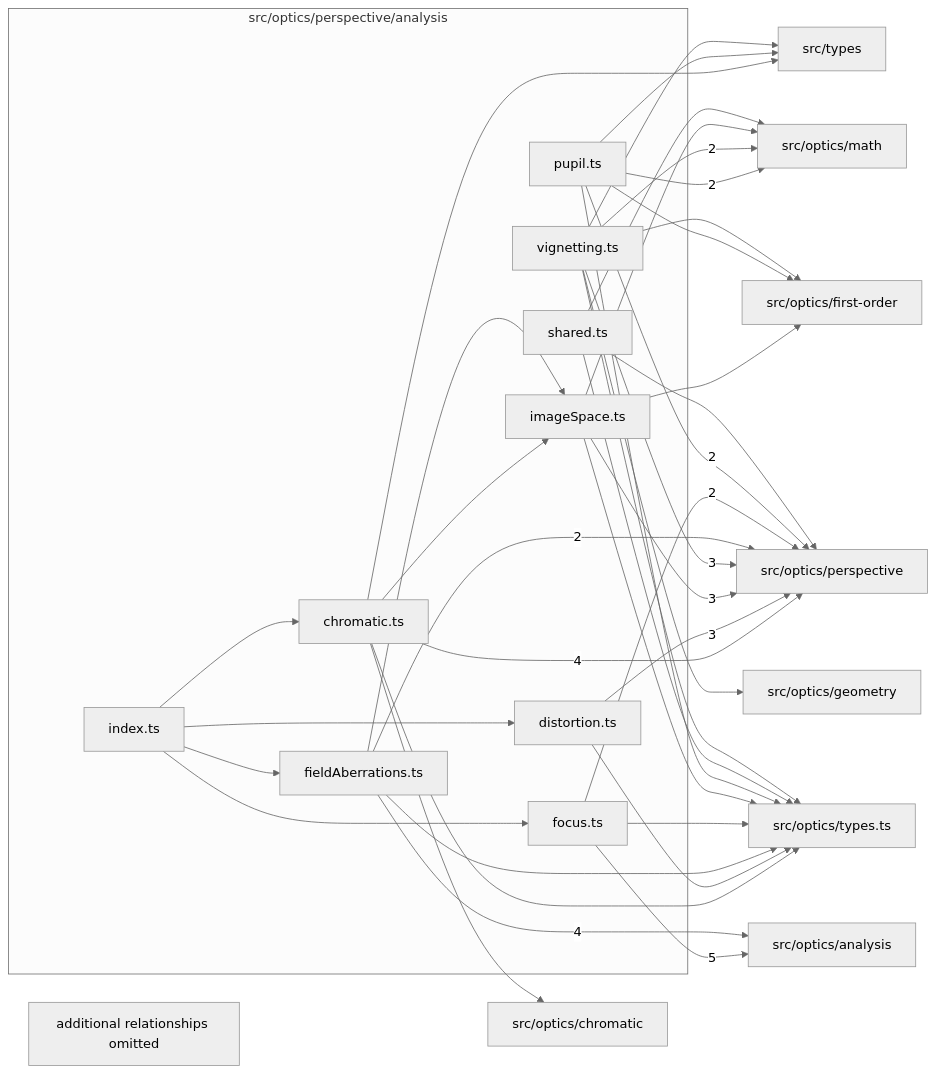
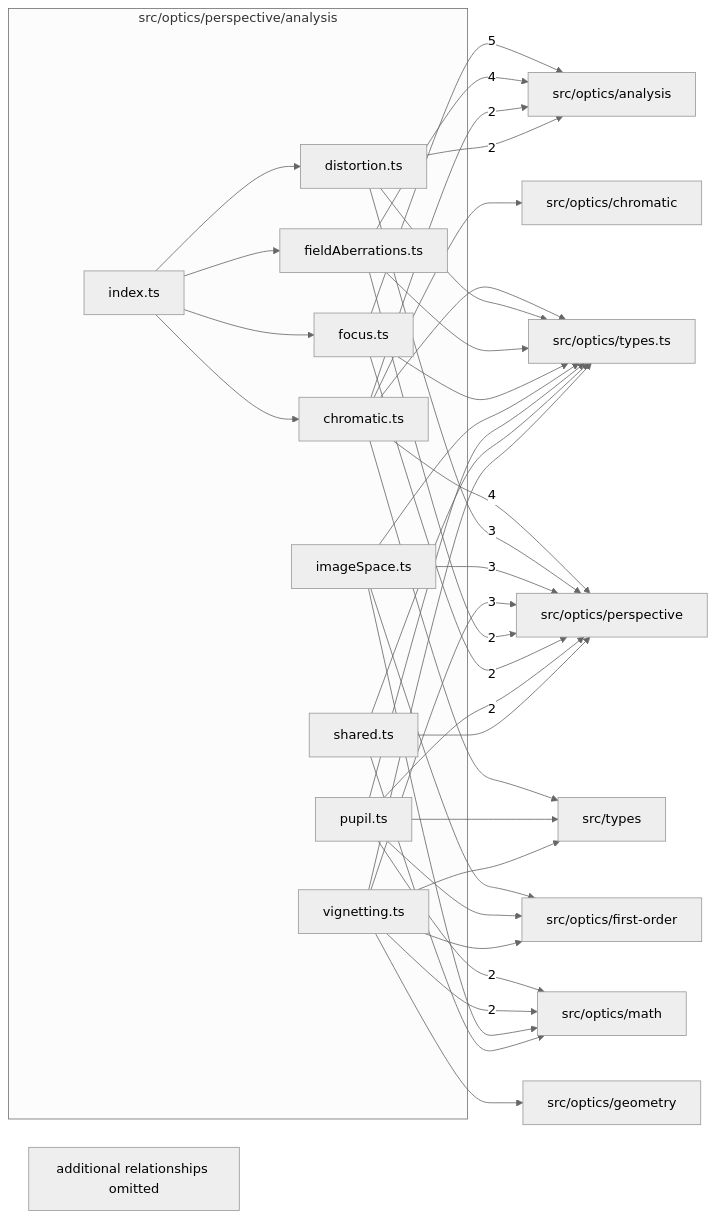
One commit to ronbuening/LensVisualizer changed the diagram in src/optics/perspective/analysis/readme.md. Above: the diagram before and after it, drawn with Mermaid (neutral theme). The commit also changed other lines of this file and 14 other files, not shown here.

Commit message:
S7.P3.T2 Perspective chromatic and distortion on AnalysisRequest

````diff
--- a/src/optics/perspective/analysis/readme.md
+++ b/src/optics/perspective/analysis/readme.md
@@ -9,59 +9,59 @@
 ```mermaid
 flowchart LR
   subgraph n_src_optics_perspective_analysis["src/optics/perspective/analysis"]
     n_src_optics_perspective_analysis_src_optics_perspective_analysis_chromatic_ts["chromatic.ts"]
     n_src_optics_perspective_analysis_src_optics_perspective_analysis_distortion_ts["distortion.ts"]
     n_src_optics_perspective_analysis_src_optics_perspective_analysis_fieldAberrations_ts["fieldAberrations.ts"]
     n_src_optics_perspective_analysis_src_optics_perspective_analysis_focus_ts["focus.ts"]
     n_src_optics_perspective_analysis_src_optics_perspective_analysis_imageSpace_ts["imageSpace.ts"]
     n_src_optics_perspective_analysis_src_optics_perspective_analysis_index_ts["index.ts"]
     n_src_optics_perspective_analysis_src_optics_perspective_analysis_pupil_ts["pupil.ts"]
     n_src_optics_perspective_analysis_src_optics_perspective_analysis_shared_ts["shared.ts"]
     n_src_optics_perspective_analysis_src_optics_perspective_analysis_vignetting_ts["vignetting.ts"]
   end
   n_external_src_optics_analysis["src/optics/analysis"]
   n_external_src_optics_perspective["src/optics/perspective"]
   n_external_src_optics_math["src/optics/math"]
   n_external_src_optics_chromatic["src/optics/chromatic"]
   n_external_src_optics_first_order["src/optics/first-order"]
   n_external_src_optics_geometry["src/optics/geometry"]
   n_external_src_optics_types_ts["src/optics/types.ts"]
   n_external_src_types["src/types"]
   n_src_optics_perspective_analysis_src_optics_perspective_analysis_focus_ts --> |5| n_external_src_optics_analysis
   n_src_optics_perspective_analysis_src_optics_perspective_analysis_fieldAberrations_ts --> |4| n_external_src_optics_analysis
   n_src_optics_perspective_analysis_src_optics_perspective_analysis_chromatic_ts --> |4| n_external_src_optics_perspective
   n_src_optics_perspective_analysis_src_optics_perspective_analysis_distortion_ts --> |3| n_external_src_optics_perspective
   n_src_optics_perspective_analysis_src_optics_perspective_analysis_imageSpace_ts --> |3| n_external_src_optics_perspective
   n_src_optics_perspective_analysis_src_optics_perspective_analysis_vignetting_ts --> |3| n_external_src_optics_perspective
+  n_src_optics_perspective_analysis_src_optics_perspective_analysis_chromatic_ts --> |2| n_external_src_optics_analysis
+  n_src_optics_perspective_analysis_src_optics_perspective_analysis_distortion_ts --> |2| n_external_src_optics_analysis
   n_src_optics_perspective_analysis_src_optics_perspective_analysis_pupil_ts --> |2| n_external_src_optics_math
   n_src_optics_perspective_analysis_src_optics_perspective_analysis_vignetting_ts --> |2| n_external_src_optics_math
   n_src_optics_perspective_analysis_src_optics_perspective_analysis_fieldAberrations_ts --> |2| n_external_src_optics_perspective
   n_src_optics_perspective_analysis_src_optics_perspective_analysis_focus_ts --> |2| n_external_src_optics_perspective
   n_src_optics_perspective_analysis_src_optics_perspective_analysis_pupil_ts --> |2| n_external_src_optics_perspective
   n_src_optics_perspective_analysis_src_optics_perspective_analysis_chromatic_ts --> n_external_src_optics_chromatic
   n_src_optics_perspective_analysis_src_optics_perspective_analysis_imageSpace_ts --> n_external_src_optics_first_order
   n_src_optics_perspective_analysis_src_optics_perspective_analysis_pupil_ts --> n_external_src_optics_first_order
   n_src_optics_perspective_analysis_src_optics_perspective_analysis_vignetting_ts --> n_external_src_optics_first_order
   n_src_optics_perspective_analysis_src_optics_perspective_analysis_vignetting_ts --> n_external_src_optics_geometry
   n_src_optics_perspective_analysis_src_optics_perspective_analysis_imageSpace_ts --> n_external_src_optics_math
   n_src_optics_perspective_analysis_src_optics_perspective_analysis_shared_ts --> n_external_src_optics_math
   n_src_optics_perspective_analysis_src_optics_perspective_analysis_shared_ts --> n_external_src_optics_perspective
   n_src_optics_perspective_analysis_src_optics_perspective_analysis_chromatic_ts --> n_external_src_optics_types_ts
   n_src_optics_perspective_analysis_src_optics_perspective_analysis_distortion_ts --> n_external_src_optics_types_ts
   n_src_optics_perspective_analysis_src_optics_perspective_analysis_fieldAberrations_ts --> n_external_src_optics_types_ts
   n_src_optics_perspective_analysis_src_optics_perspective_analysis_focus_ts --> n_external_src_optics_types_ts
   n_src_optics_perspective_analysis_src_optics_perspective_analysis_imageSpace_ts --> n_external_src_optics_types_ts
   n_src_optics_perspective_analysis_src_optics_perspective_analysis_pupil_ts --> n_external_src_optics_types_ts
   n_src_optics_perspective_analysis_src_optics_perspective_analysis_shared_ts --> n_external_src_optics_types_ts
   n_src_optics_perspective_analysis_src_optics_perspective_analysis_vignetting_ts --> n_external_src_optics_types_ts
   n_src_optics_perspective_analysis_src_optics_perspective_analysis_chromatic_ts --> n_external_src_types
   n_src_optics_perspective_analysis_src_optics_perspective_analysis_pupil_ts --> n_external_src_types
   n_src_optics_perspective_analysis_src_optics_perspective_analysis_vignetting_ts --> n_external_src_types
   n_src_optics_perspective_analysis_src_optics_perspective_analysis_index_ts --> n_src_optics_perspective_analysis_src_optics_perspective_analysis_chromatic_ts
   n_src_optics_perspective_analysis_src_optics_perspective_analysis_index_ts --> n_src_optics_perspective_analysis_src_optics_perspective_analysis_distortion_ts
   n_src_optics_perspective_analysis_src_optics_perspective_analysis_index_ts --> n_src_optics_perspective_analysis_src_optics_perspective_analysis_fieldAberrations_ts
   n_src_optics_perspective_analysis_src_optics_perspective_analysis_index_ts --> n_src_optics_perspective_analysis_src_optics_perspective_analysis_focus_ts
-  n_src_optics_perspective_analysis_src_optics_perspective_analysis_chromatic_ts --> n_src_optics_perspective_analysis_src_optics_perspective_analysis_imageSpace_ts
-  n_src_optics_perspective_analysis_src_optics_perspective_analysis_fieldAberrations_ts --> n_src_optics_perspective_analysis_src_optics_perspective_analysis_imageSpace_ts
   n_src_optics_perspective_analysis_truncated["additional relationships omitted"]
 ```
````
